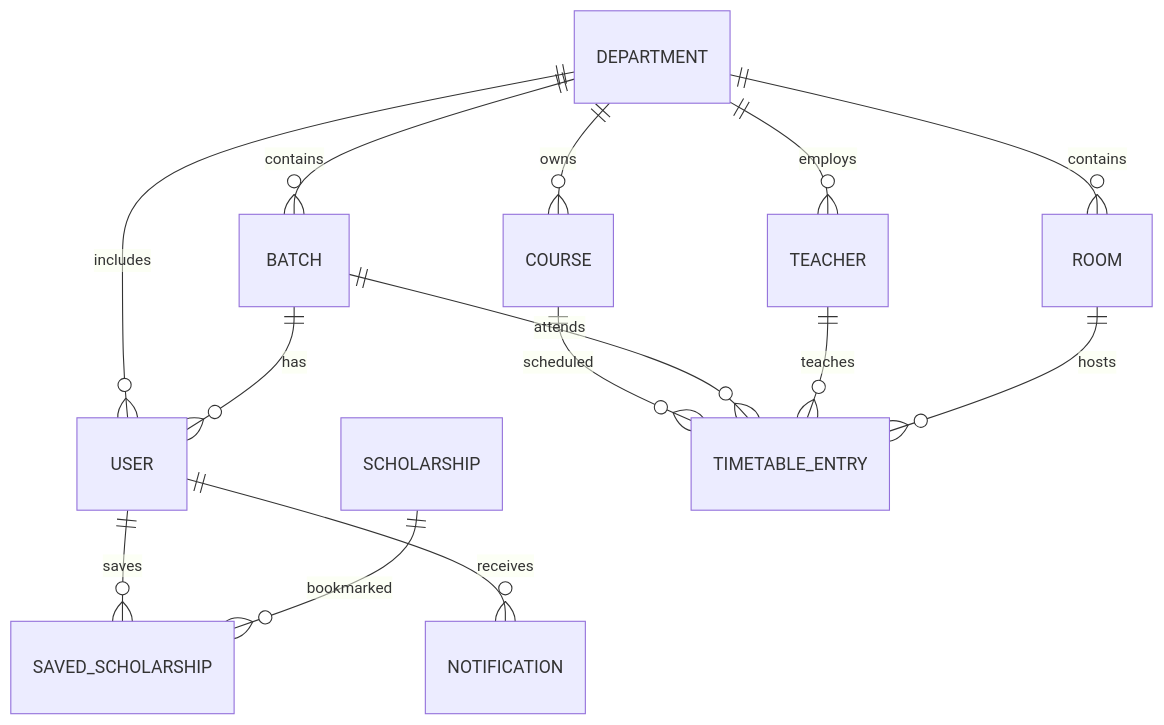
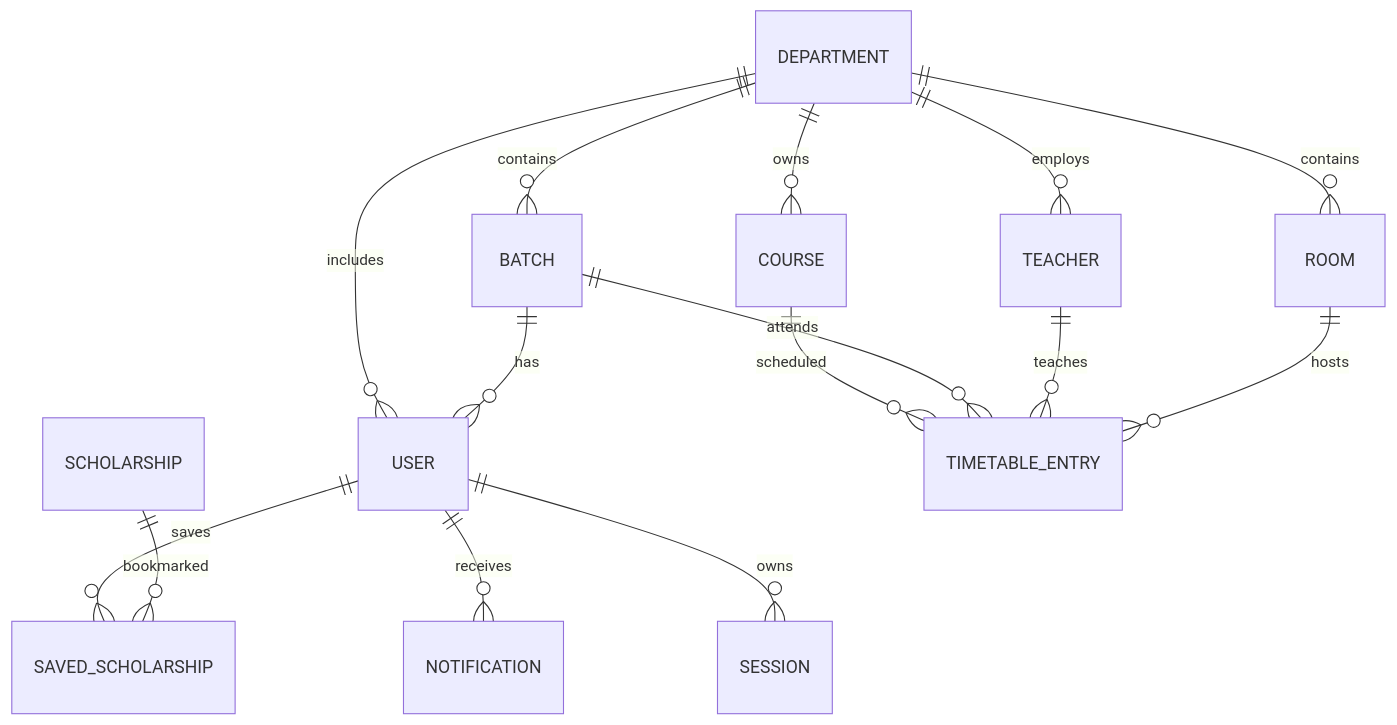
One commit to M-Shehzad8/university-scholarship-timetable-portal changed the diagram in docs/database.md. Above: the diagram before and after it, drawn with Mermaid. The commit also changed other lines of this file and 35 other files, not shown here.

First line of the commit message:
feat: add session management and user authentication features

````diff
--- a/docs/database.md
+++ b/docs/database.md
@@ -32,18 +32,19 @@
 ```mermaid
 erDiagram
     USER ||--o{ SAVED_SCHOLARSHIP : saves
     SCHOLARSHIP ||--o{ SAVED_SCHOLARSHIP : bookmarked
     USER ||--o{ NOTIFICATION : receives
+    USER ||--o{ SESSION : owns
 
     DEPARTMENT ||--o{ USER : includes
     BATCH ||--o{ USER : has
     DEPARTMENT ||--o{ COURSE : owns
     DEPARTMENT ||--o{ TEACHER : employs
     DEPARTMENT ||--o{ BATCH : contains
     DEPARTMENT ||--o{ ROOM : contains
 
     COURSE ||--o{ TIMETABLE_ENTRY : scheduled
     BATCH ||--o{ TIMETABLE_ENTRY : attends
     TEACHER ||--o{ TIMETABLE_ENTRY : teaches
     ROOM ||--o{ TIMETABLE_ENTRY : hosts
 ```
````
